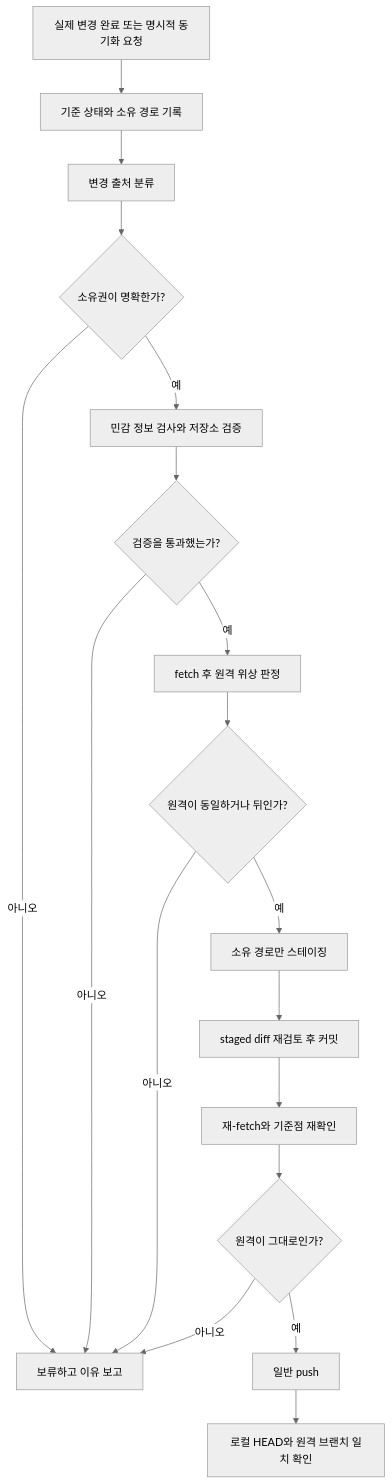
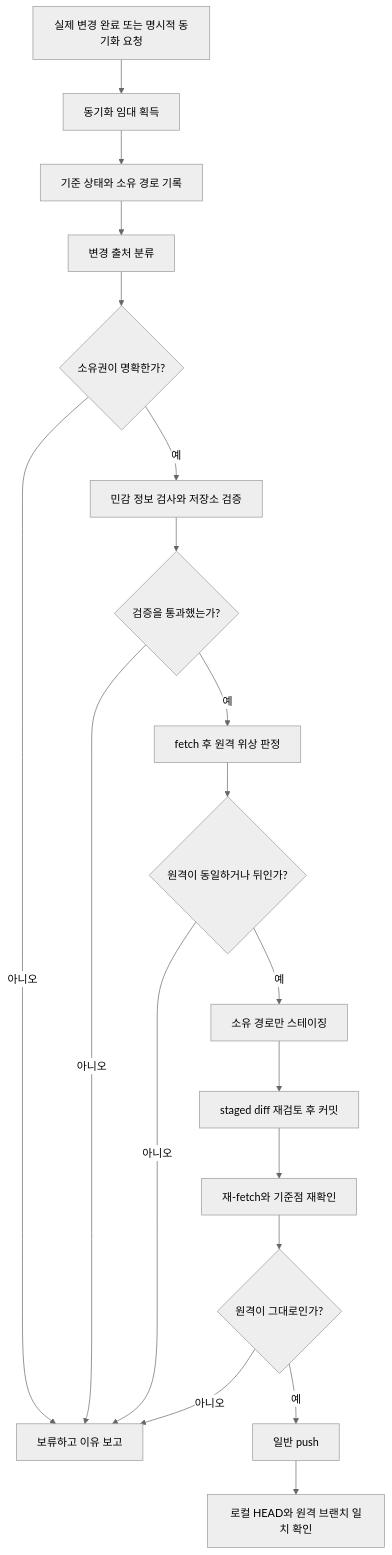
Before and after one commit to gyeomsVibe/260718_agentic-ai-platform-optimization: the diagram in shared/repository-sync/README.md, drawn with Mermaid (neutral theme). The commit also changed other lines of this file and 2 other files, not shown here.

````diff
--- a/shared/repository-sync/README.md
+++ b/shared/repository-sync/README.md
@@ -46,20 +47,21 @@
 ```mermaid
 flowchart TD
-  A["실제 변경 완료 또는 명시적 동기화 요청"] --> B["기준 상태와 소유 경로 기록"]
+  A["실제 변경 완료 또는 명시적 동기화 요청"] --> Z["동기화 임대 획득"]
+  Z --> B["기준 상태와 소유 경로 기록"]
   B --> C["변경 출처 분류"]
   C --> D{"소유권이 명확한가?"}
   D -- "아니오" --> H["보류하고 이유 보고"]
   D -- "예" --> E["민감 정보 검사와 저장소 검증"]
   E --> F{"검증을 통과했는가?"}
   F -- "아니오" --> H
   F -- "예" --> G["fetch 후 원격 위상 판정"]
   G --> I{"원격이 동일하거나 뒤인가?"}
   I -- "아니오" --> H
   I -- "예" --> J["소유 경로만 스테이징"]
   J --> K["staged diff 재검토 후 커밋"]
   K --> L["재-fetch와 기준점 재확인"]
   L --> M{"원격이 그대로인가?"}
   M -- "아니오" --> H
   M -- "예" --> N["일반 push"]
   N --> O["로컬 HEAD와 원격 브랜치 일치 확인"]
 ```
````
